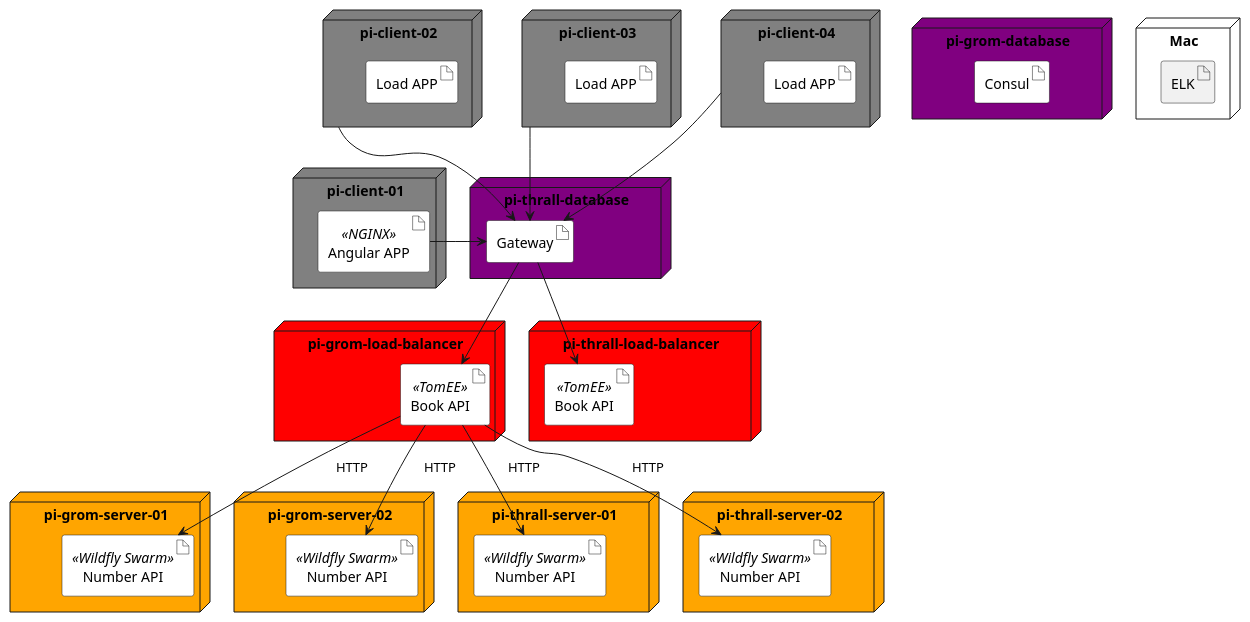
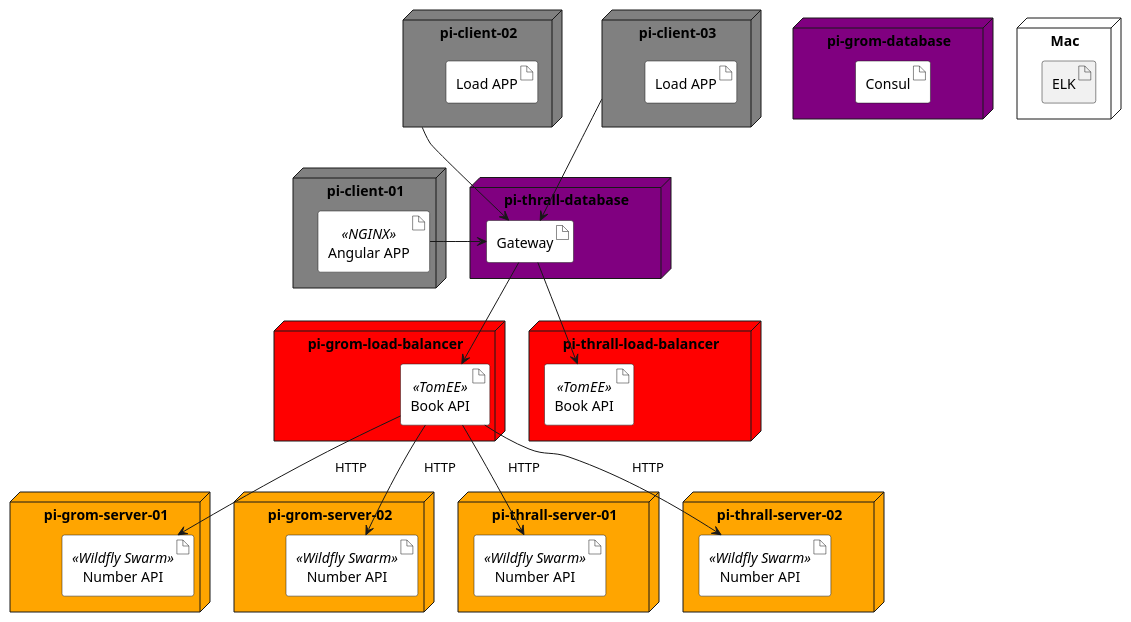
One commit to agoncal/baking-microservice-pie changed the diagram in slides/src/main/plantuml/load-architecture.puml. Above: the diagram before and after it, drawn with PlantUML. The commit also changed 18 other files, not shown here.

```diff
--- a/slides/src/main/plantuml/load-architecture.puml
+++ b/slides/src/main/plantuml/load-architecture.puml
@@ -1,65 +1,60 @@
 @startuml
 
 node "pi-client-02" as piclient2 #grey {
     artifact "Load APP" as load2 #white
 }
 
 node "pi-client-03" as piclient3 #grey {
     artifact "Load APP" as load3 #white
-}
-
-node "pi-client-04" as piclient4 #grey {
-    artifact "Load APP" as load4 #white
 }
 
 node "pi-client-01" as piclient #grey {
     artifact "Angular APP" <<NGINX>> as angular #white
 }
 
 node "pi-grom-server-01" as piserver1 #orange {
     artifact "Number API" <<Wildfly Swarm>> as numberapi #white
 }
 
 node "pi-grom-server-02" as piserver2 #orange {
     artifact "Number API" <<Wildfly Swarm>> as numberapi2 #white
 }
 
 node "pi-thrall-server-01" as piserver3 #orange {
     artifact "Number API" <<Wildfly Swarm>> as numberapi3 #white
 }
 
 node "pi-thrall-server-02" as piserver4 #orange {
     artifact "Number API" <<Wildfly Swarm>> as numberapi4 #white
 }
 
 node "pi-grom-load-balancer" as piserver5 #red {
     artifact "Book API" <<TomEE>> as bookapi #white
 }
 
 node "pi-thrall-load-balancer" as piserver6 #red {
     artifact "Book API" <<TomEE>> as bookapi2 #white
 }
 
 node "pi-grom-database" as piregistry #purple {
     artifact "Consul" as consule #white
 }
 
 node "pi-thrall-database" as pitag #purple {
     artifact "Gateway" as gateway #white
 }
 
 node "Mac" as mac {
     artifact "ELK" as elk
 }
 
 piclient2 --> gateway
 piclient3 --> gateway
-piclient4 --> gateway
 angular -> gateway
 gateway --> bookapi
 gateway --> bookapi2
 bookapi --> numberapi: "     HTTP      "
 bookapi --> numberapi2: "     HTTP      "
 bookapi --> numberapi3: "     HTTP      "
 bookapi --> numberapi4: "     HTTP      "
 @enduml
```
